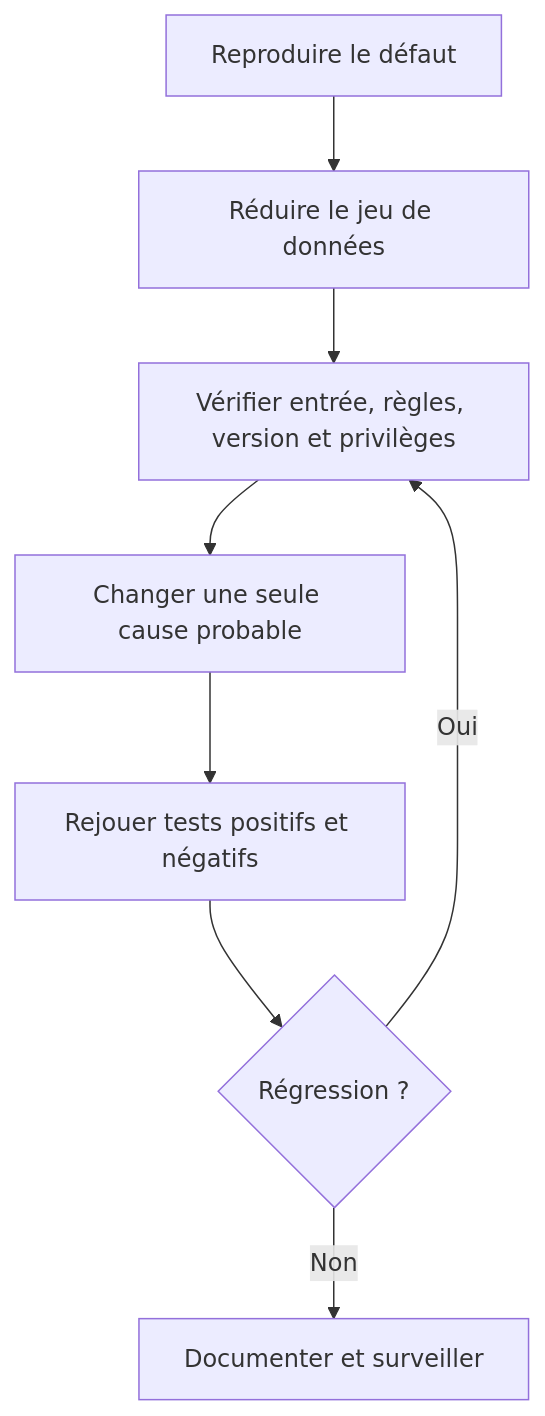
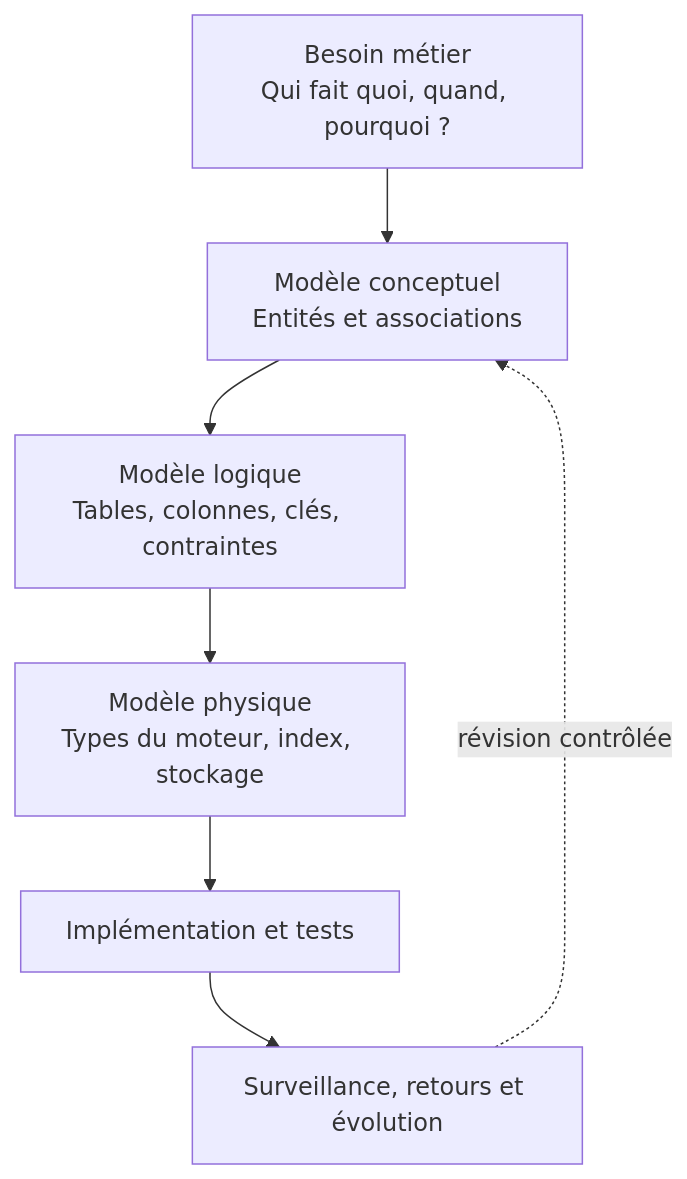
One commit to biggyseven/Skill-Tree changed the seventh of 8 diagrams in content/lessons/data-bases-debutant.md. Above: the diagram before and after it, drawn with Mermaid. The commit also changed other lines of this file, not shown here.

````diff
--- a/content/lessons/data-bases-debutant.md
+++ b/content/lessons/data-bases-debutant.md
@@ -136,10 +322,9 @@
-```mermaid
-flowchart TD
-    A["Reproduire le défaut"] --> B["Réduire le jeu de données"]
-    B --> C["Vérifier entrée, règles, version et privilèges"]
-    C --> D["Changer une seule cause probable"]
-    D --> E["Rejouer tests positifs et négatifs"]
-    E --> F{"Régression ?"}
-    F -- "Oui" --> C
-    F -- "Non" --> G["Documenter et surveiller"]
-```
+~~~mermaid
+flowchart TB
+    A["Besoin métier<br/>Qui fait quoi, quand, pourquoi ?"] --> B["Modèle conceptuel<br/>Entités et associations"]
+    B --> C["Modèle logique<br/>Tables, colonnes, clés, contraintes"]
+    C --> D["Modèle physique<br/>Types du moteur, index, stockage"]
+    D --> E["Implémentation et tests"]
+    E --> F["Surveillance, retours et évolution"]
+    F -. "révision contrôlée" .-> B
+~~~
````
